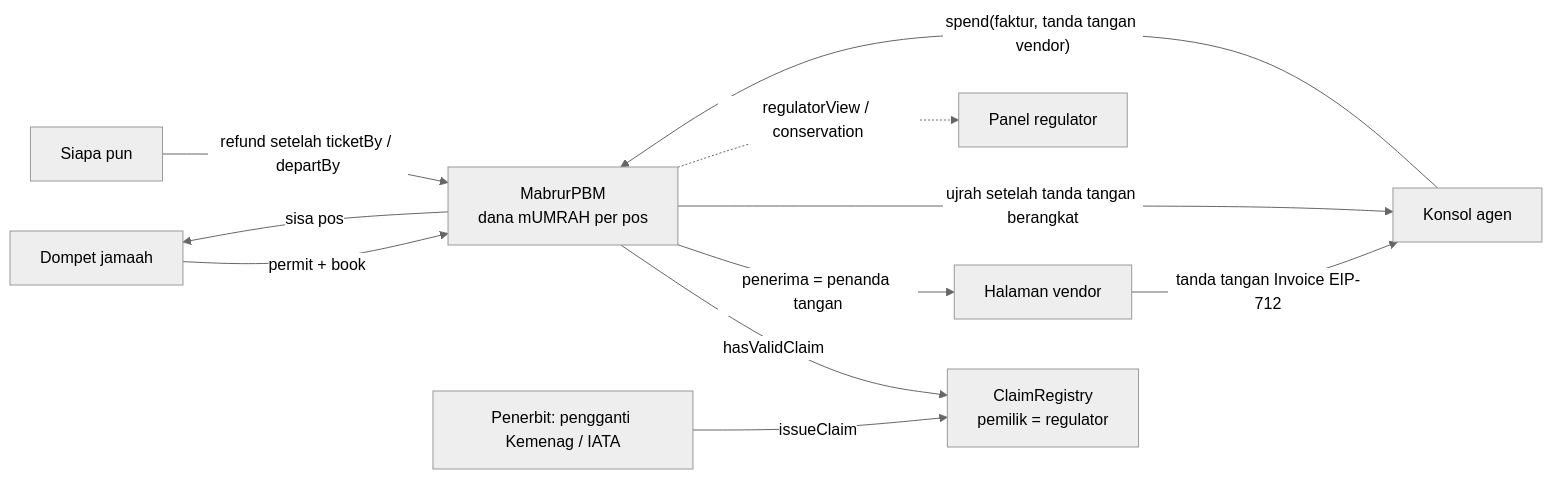
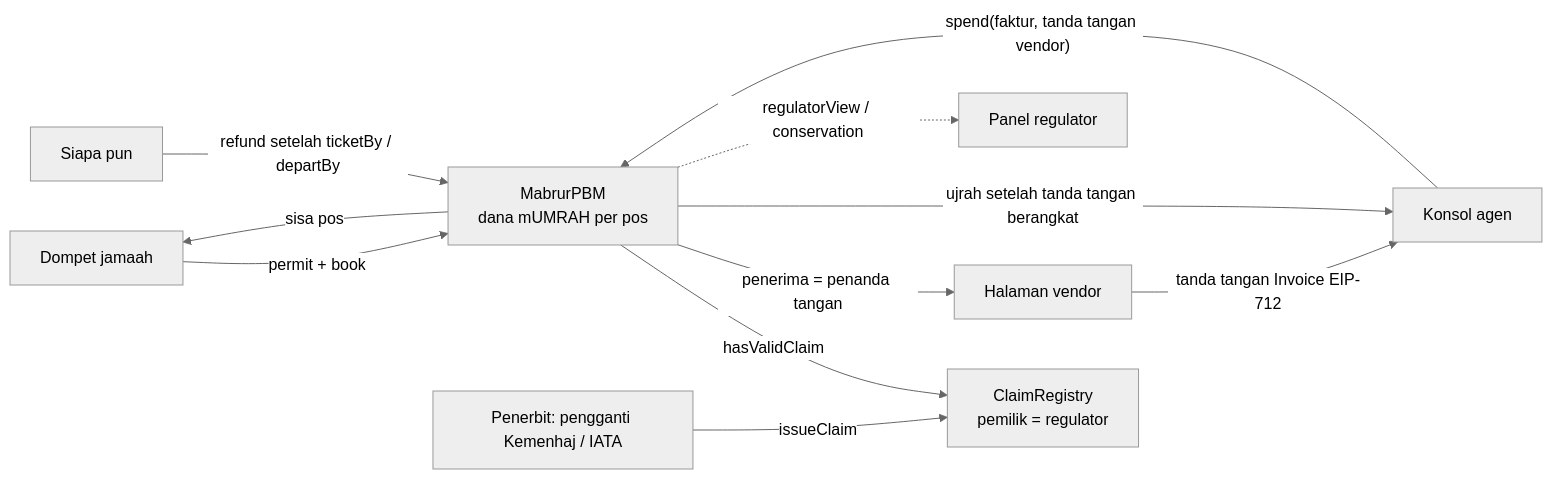
Before and after one commit to edycutjong/mabrur: the diagram in README.md, drawn with Mermaid (neutral theme). The commit also changed other lines of this file and 11 other files, not shown here.

````diff
--- a/README.md
+++ b/README.md
@@ -92,13 +93,13 @@
 ```mermaid
 flowchart LR
   P[Dompet jamaah] -- permit + book --> PBM[MabrurPBM<br/>dana mUMRAH per pos]
   A[Konsol agen] -- spend(faktur, tanda tangan vendor) --> PBM
   V[Halaman vendor] -- tanda tangan Invoice EIP-712 --> A
   PBM -- hasValidClaim --> R[ClaimRegistry<br/>pemilik = regulator]
-  I[Penerbit: pengganti Kemenag / IATA] -- issueClaim --> R
+  I[Penerbit: pengganti Kemenhaj / IATA] -- issueClaim --> R
   PBM -- penerima = penanda tangan --> V
   PBM -- ujrah setelah tanda tangan berangkat --> A
   X[Siapa pun] -- refund setelah ticketBy / departBy --> PBM
   PBM -- sisa pos --> P
   PBM -. regulatorView / conservation .-> G[Panel regulator]
 ```
````
